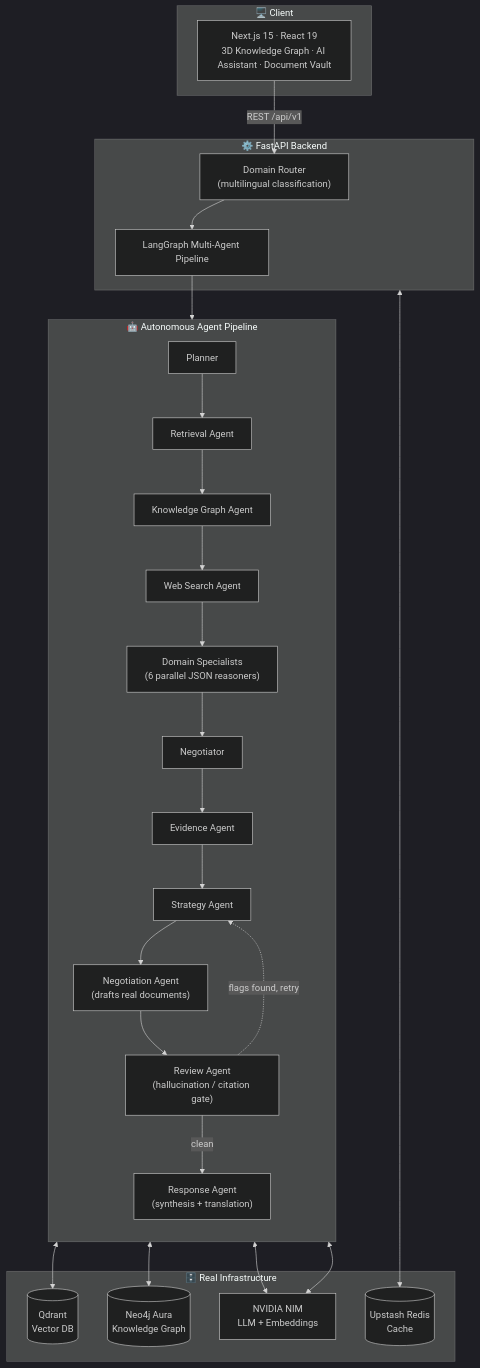
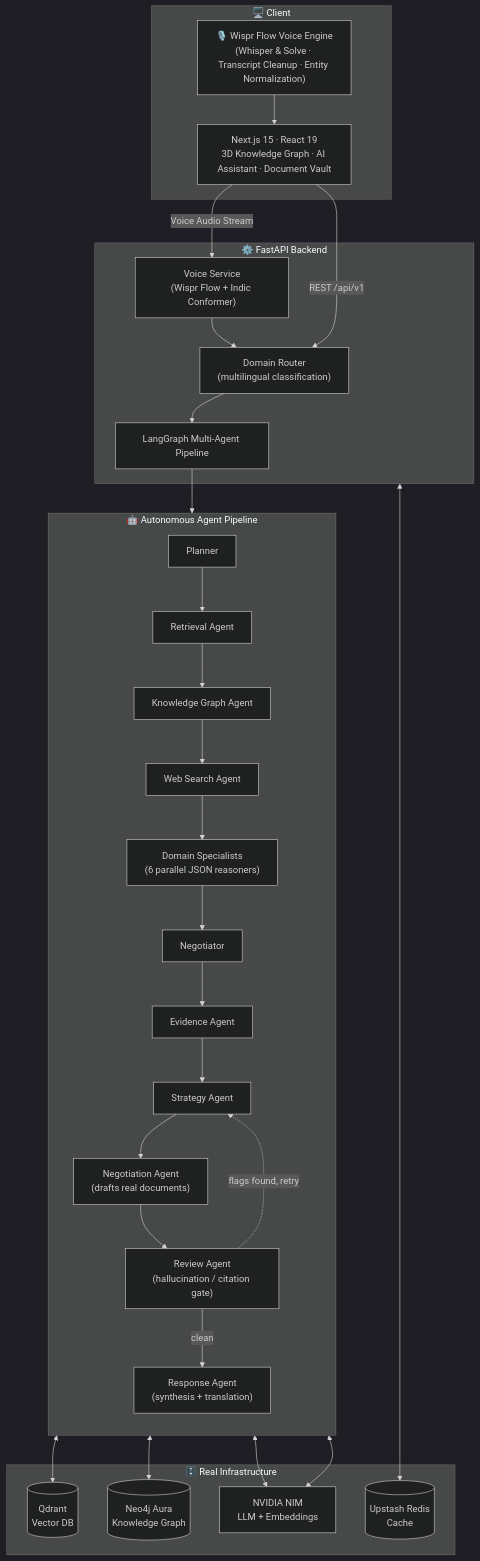
One commit to victrvondoom/RECLAIM changed the first of 2 diagrams in README.md. Above: the diagram before and after it, drawn with Mermaid (dark theme). The commit also changed other lines of this file, not shown here.

Commit message:
docs: update README to RESOLVE · Wispr & Solve with Wispr Flow voice architecture

````diff
--- a/README.md
+++ b/README.md
@@ -75,42 +92,47 @@
 ```mermaid
 flowchart TB
     subgraph Client["🖥️ Client"]
         UI["Next.js 15 · React 19<br/>3D Knowledge Graph · AI Assistant · Document Vault"]
+        Voice["🎙️ Wispr Flow Voice Engine<br/>(Whisper & Solve · Transcript Cleanup · Entity Normalization)"]
+        Voice --> UI
     end
 
     subgraph API["⚙️ FastAPI Backend"]
         Router["Domain Router<br/>(multilingual classification)"]
         Graph["LangGraph Multi-Agent Pipeline"]
+        VoiceService["Voice Service<br/>(Wispr Flow + Indic Conformer)"]
     end
 
     subgraph Agents["🤖 Autonomous Agent Pipeline"]
         direction TB
         Planner["Planner"] --> Retrieval["Retrieval Agent"]
         Retrieval --> KGraph["Knowledge Graph Agent"]
         KGraph --> WebSearch["Web Search Agent"]
         WebSearch --> Specialists["Domain Specialists<br/>(6 parallel JSON reasoners)"]
         Specialists --> Negotiator["Negotiator"]
         Negotiator --> Evidence["Evidence Agent"]
         Evidence --> Strategy["Strategy Agent"]
         Strategy --> Appeal["Negotiation Agent<br/>(drafts real documents)"]
         Appeal --> Review["Review Agent<br/>(hallucination / citation gate)"]
         Review -. "flags found, retry" .-> Strategy
         Review -- "clean" --> Response["Response Agent<br/>(synthesis + translation)"]
     end
 
     subgraph Infra["🗄️ Real Infrastructure"]
         Qdrant[("Qdrant<br/>Vector DB")]
         Neo4j[("Neo4j Aura<br/>Knowledge Graph")]
         Redis[("Upstash Redis<br/>Cache")]
         LLM["NVIDIA NIM<br/>LLM + Embeddings"]
     end
 
+    UI -->|Voice Audio Stream| VoiceService
+    VoiceService --> Router
     UI -->|REST /api/v1| Router
     Router --> Graph
     Graph --> Agents
     Retrieval <--> Qdrant
     KGraph <--> Neo4j
     Specialists <--> LLM
     Response <--> LLM
     API <--> Redis
 ```
````
